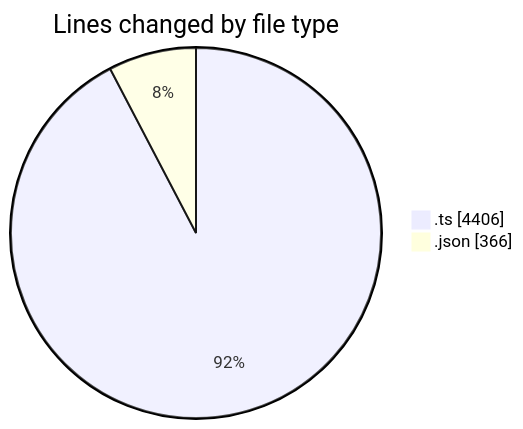
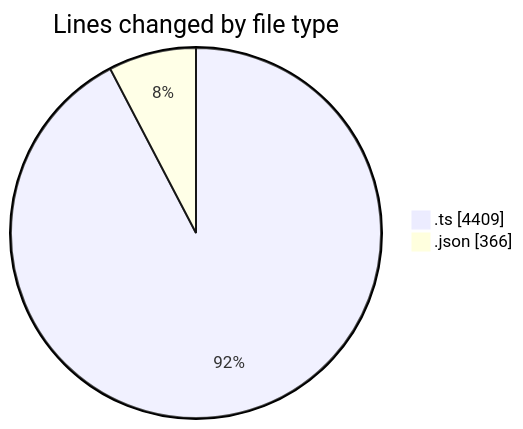
One commit to momahboobian/code-tracking changed the first of 2 diagrams in 2025-10-27/cda/README.md. Above: the diagram before and after it, drawn with Mermaid. The commit also changed other lines of this file and 1 other file, not shown here.

````diff
--- a/2025-10-27/cda/README.md
+++ b/2025-10-27/cda/README.md
@@ -26,6 +26,6 @@
 ```mermaid
 pie showData
 title Lines changed by file type
-".ts" : 4406
+".ts" : 4409
 ".json" : 366
 ```
````
